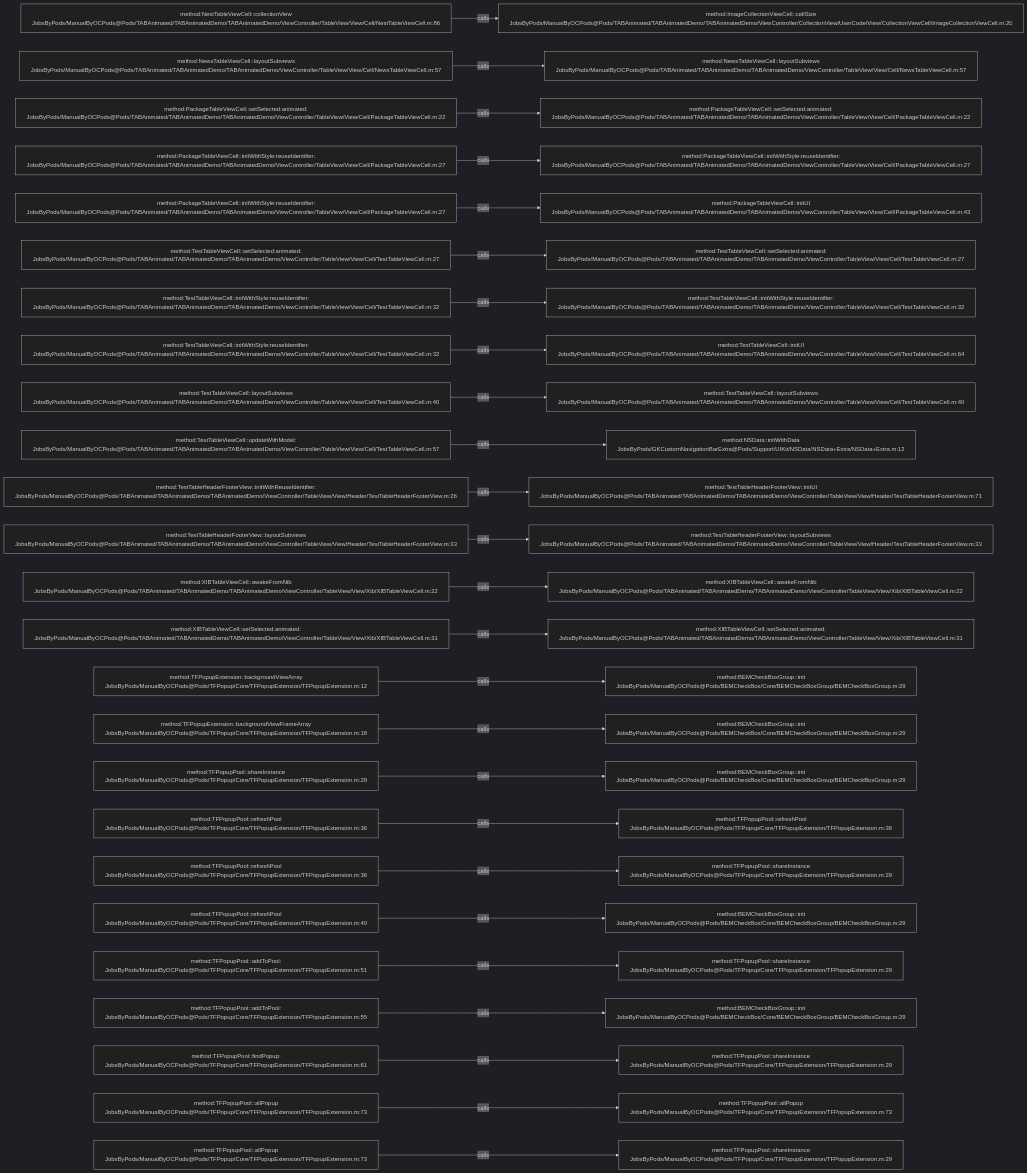
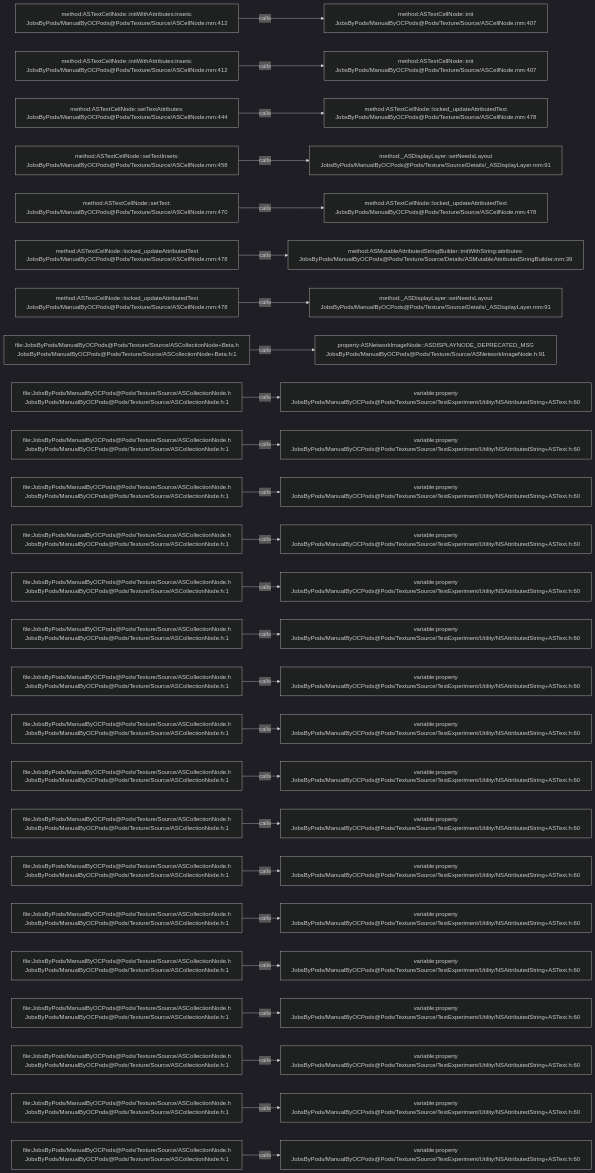
Before and after one commit to JobsKits/JobsOCBaseConfigDemo: the diagram in .codegraph/codegraph.md/graphs/calls-060.md, drawn with Mermaid (dark theme). The commit also changed 2723 other files, not shown here.

````diff
--- a/.codegraph/codegraph.md/graphs/calls-060.md
+++ b/.codegraph/codegraph.md/graphs/calls-060.md
@@ -13,78 +13,78 @@
 ```mermaid
 flowchart LR
-  S1["method:NestTableViewCell::collectionView<br/>JobsByPods/ManualByOCPods@Pods/TABAnimated/TABAnimatedDemo/TABAnimatedDemo/ViewController/TableView/View/Cell/NestTableViewCell.m:86"]
-  T1["method:ImageCollectionViewCell::cellSize<br/>JobsByPods/ManualByOCPods@Pods/TABAnimated/TABAnimatedDemo/TABAnimatedDemo/ViewController/CollectionView/UserCode/View/CollectionViewCell/ImageCollectionViewCell.m:20"]
+  S1["method:ASTextCellNode::initWithAttributes:insets:<br/>JobsByPods/ManualByOCPods@Pods/Texture/Source/ASCellNode.mm:412"]
+  T1["method:ASTextCellNode::init<br/>JobsByPods/ManualByOCPods@Pods/Texture/Source/ASCellNode.mm:407"]
   S1 -->|calls| T1
-  S2["method:NewsTableViewCell::layoutSubviews<br/>JobsByPods/ManualByOCPods@Pods/TABAnimated/TABAnimatedDemo/TABAnimatedDemo/ViewController/TableView/View/Cell/NewsTableViewCell.m:57"]
-  T2["method:NewsTableViewCell::layoutSubviews<br/>JobsByPods/ManualByOCPods@Pods/TABAnimated/TABAnimatedDemo/TABAnimatedDemo/ViewController/TableView/View/Cell/NewsTableViewCell.m:57"]
+  S2["method:ASTextCellNode::initWithAttributes:insets:<br/>JobsByPods/ManualByOCPods@Pods/Texture/Source/ASCellNode.mm:412"]
+  T2["method:ASTextCellNode::init<br/>JobsByPods/ManualByOCPods@Pods/Texture/Source/ASCellNode.mm:407"]
   S2 -->|calls| T2
-  S3["method:PackageTableViewCell::setSelected:animated:<br/>JobsByPods/ManualByOCPods@Pods/TABAnimated/TABAnimatedDemo/TABAnimatedDemo/ViewController/TableView/View/Cell/PackageTableViewCell.m:22"]
-  T3["method:PackageTableViewCell::setSelected:animated:<br/>JobsByPods/ManualByOCPods@Pods/TABAnimated/TABAnimatedDemo/TABAnimatedDemo/ViewController/TableView/View/Cell/PackageTableViewCell.m:22"]
+  S3["method:ASTextCellNode::setTextAttributes:<br/>JobsByPods/ManualByOCPods@Pods/Texture/Source/ASCellNode.mm:444"]
+  T3["method:ASTextCellNode::locked_updateAttributedText<br/>JobsByPods/ManualByOCPods@Pods/Texture/Source/ASCellNode.mm:478"]
   S3 -->|calls| T3
-  S4["method:PackageTableViewCell::initWithStyle:reuseIdentifier:<br/>JobsByPods/ManualByOCPods@Pods/TABAnimated/TABAnimatedDemo/TABAnimatedDemo/ViewController/TableView/View/Cell/PackageTableViewCell.m:27"]
-  T4["method:PackageTableViewCell::initWithStyle:reuseIdentifier:<br/>JobsByPods/ManualByOCPods@Pods/TABAnimated/TABAnimatedDemo/TABAnimatedDemo/ViewController/TableView/View/Cell/PackageTableViewCell.m:27"]
+  S4["method:ASTextCellNode::setTextInsets:<br/>JobsByPods/ManualByOCPods@Pods/Texture/Source/ASCellNode.mm:458"]
+  T4["method:_ASDisplayLayer::setNeedsLayout<br/>JobsByPods/ManualByOCPods@Pods/Texture/Source/Details/_ASDisplayLayer.mm:91"]
   S4 -->|calls| T4
-  S5["method:PackageTableViewCell::initWithStyle:reuseIdentifier:<br/>JobsByPods/ManualByOCPods@Pods/TABAnimated/TABAnimatedDemo/TABAnimatedDemo/ViewController/TableView/View/Cell/PackageTableViewCell.m:27"]
-  T5["method:PackageTableViewCell::initUI<br/>JobsByPods/ManualByOCPods@Pods/TABAnimated/TABAnimatedDemo/TABAnimatedDemo/ViewController/TableView/View/Cell/PackageTableViewCell.m:43"]
+  S5["method:ASTextCellNode::setText:<br/>JobsByPods/ManualByOCPods@Pods/Texture/Source/ASCellNode.mm:470"]
+  T5["method:ASTextCellNode::locked_updateAttributedText<br/>JobsByPods/ManualByOCPods@Pods/Texture/Source/ASCellNode.mm:478"]
   S5 -->|calls| T5
-  S6["method:TestTableViewCell::setSelected:animated:<br/>JobsByPods/ManualByOCPods@Pods/TABAnimated/TABAnimatedDemo/TABAnimatedDemo/ViewController/TableView/View/Cell/TestTableViewCell.m:27"]
-  T6["method:TestTableViewCell::setSelected:animated:<br/>JobsByPods/ManualByOCPods@Pods/TABAnimated/TABAnimatedDemo/TABAnimatedDemo/ViewController/TableView/View/Cell/TestTableViewCell.m:27"]
+  S6["method:ASTextCellNode::locked_updateAttributedText<br/>JobsByPods/ManualByOCPods@Pods/Texture/Source/ASCellNode.mm:478"]
+  T6["method:ASMutableAttributedStringBuilder::initWithString:attributes:<br/>JobsByPods/ManualByOCPods@Pods/Texture/Source/Details/ASMutableAttributedStringBuilder.mm:39"]
   S6 -->|calls| T6
-  S7["method:TestTableViewCell::initWithStyle:reuseIdentifier:<br/>JobsByPods/ManualByOCPods@Pods/TABAnimated/TABAnimatedDemo/TABAnimatedDemo/ViewController/TableView/View/Cell/TestTableViewCell.m:32"]
-  T7["method:TestTableViewCell::initWithStyle:reuseIdentifier:<br/>JobsByPods/ManualByOCPods@Pods/TABAnimated/TABAnimatedDemo/TABAnimatedDemo/ViewController/TableView/View/Cell/TestTableViewCell.m:32"]
+  S7["method:ASTextCellNode::locked_updateAttributedText<br/>JobsByPods/ManualByOCPods@Pods/Texture/Source/ASCellNode.mm:478"]
+  T7["method:_ASDisplayLayer::setNeedsLayout<br/>JobsByPods/ManualByOCPods@Pods/Texture/Source/Details/_ASDisplayLayer.mm:91"]
   S7 -->|calls| T7
-  S8["method:TestTableViewCell::initWithStyle:reuseIdentifier:<br/>JobsByPods/ManualByOCPods@Pods/TABAnimated/TABAnimatedDemo/TABAnimatedDemo/ViewController/TableView/View/Cell/TestTableViewCell.m:32"]
-  T8["method:TestTableViewCell::initUI<br/>JobsByPods/ManualByOCPods@Pods/TABAnimated/TABAnimatedDemo/TABAnimatedDemo/ViewController/TableView/View/Cell/TestTableViewCell.m:64"]
+  S8["file:JobsByPods/ManualByOCPods@Pods/Texture/Source/ASCollectionNode+Beta.h<br/>JobsByPods/ManualByOCPods@Pods/Texture/Source/ASCollectionNode+Beta.h:1"]
+  T8["property:ASNetworkImageNode::ASDISPLAYNODE_DEPRECATED_MSG<br/>JobsByPods/ManualByOCPods@Pods/Texture/Source/ASNetworkImageNode.h:91"]
   S8 -->|calls| T8
-  S9["method:TestTableViewCell::layoutSubviews<br/>JobsByPods/ManualByOCPods@Pods/TABAnimated/TABAnimatedDemo/TABAnimatedDemo/ViewController/TableView/View/Cell/TestTableViewCell.m:40"]
-  T9["method:TestTableViewCell::layoutSubviews<br/>JobsByPods/ManualByOCPods@Pods/TABAnimated/TABAnimatedDemo/TABAnimatedDemo/ViewController/TableView/View/Cell/TestTableViewCell.m:40"]
+  S9["file:JobsByPods/ManualByOCPods@Pods/Texture/Source/ASCollectionNode.h<br/>JobsByPods/ManualByOCPods@Pods/Texture/Source/ASCollectionNode.h:1"]
+  T9["variable:property<br/>JobsByPods/ManualByOCPods@Pods/Texture/Source/TextExperiment/Utility/NSAttributedString+ASText.h:60"]
   S9 -->|calls| T9
-  S10["method:TestTableViewCell::updateWithModel:<br/>JobsByPods/ManualByOCPods@Pods/TABAnimated/TABAnimatedDemo/TABAnimatedDemo/ViewController/TableView/View/Cell/TestTableViewCell.m:57"]
-  T10["method:NSData::initWithData<br/>JobsByPods/GKCustomNavigationBarExtra@Pods/Support/UIKit/NSData/NSData+Extra/NSData+Extra.m:12"]
+  S10["file:JobsByPods/ManualByOCPods@Pods/Texture/Source/ASCollectionNode.h<br/>JobsByPods/ManualByOCPods@Pods/Texture/Source/ASCollectionNode.h:1"]
+  T10["variable:property<br/>JobsByPods/ManualByOCPods@Pods/Texture/Source/TextExperiment/Utility/NSAttributedString+ASText.h:60"]
   S10 -->|calls| T10
-  S11["method:TestTableHeaderFooterView::initWithReuseIdentifier:<br/>JobsByPods/ManualByOCPods@Pods/TABAnimated/TABAnimatedDemo/TABAnimatedDemo/ViewController/TableView/View/Header/TestTableHeaderFooterView.m:26"]
-  T11["method:TestTableHeaderFooterView::initUI<br/>JobsByPods/ManualByOCPods@Pods/TABAnimated/TABAnimatedDemo/TABAnimatedDemo/ViewController/TableView/View/Header/TestTableHeaderFooterView.m:71"]
+  S11["file:JobsByPods/ManualByOCPods@Pods/Texture/Source/ASCollectionNode.h<br/>JobsByPods/ManualByOCPods@Pods/Texture/Source/ASCollectionNode.h:1"]
+  T11["variable:property<br/>JobsByPods/ManualByOCPods@Pods/Texture/Source/TextExperiment/Utility/NSAttributedString+ASText.h:60"]
   S11 -->|calls| T11
-  S12["method:TestTableHeaderFooterView::layoutSubviews<br/>JobsByPods/ManualByOCPods@Pods/TABAnimated/TABAnimatedDemo/TABAnimatedDemo/ViewController/TableView/View/Header/TestTableHeaderFooterView.m:33"]
-  T12["method:TestTableHeaderFooterView::layoutSubviews<br/>JobsByPods/ManualByOCPods@Pods/TABAnimated/TABAnimatedDemo/TABAnimatedDemo/ViewController/TableView/View/Header/TestTableHeaderFooterView.m:33"]
+  S12["file:JobsByPods/ManualByOCPods@Pods/Texture/Source/ASCollectionNode.h<br/>JobsByPods/ManualByOCPods@Pods/Texture/Source/ASCollectionNode.h:1"]
+  T12["variable:property<br/>JobsByPods/ManualByOCPods@Pods/Texture/Source/TextExperiment/Utility/NSAttributedString+ASText.h:60"]
   S12 -->|calls| T12
-  S13["method:XIBTableViewCell::awakeFromNib<br/>JobsByPods/ManualByOCPods@Pods/TABAnimated/TABAnimatedDemo/TABAnimatedDemo/ViewController/TableView/View/Xib/XIBTableViewCell.m:22"]
-  T13["method:XIBTableViewCell::awakeFromNib<br/>JobsByPods/ManualByOCPods@Pods/TABAnimated/TABAnimatedDemo/TABAnimatedDemo/ViewController/TableView/View/Xib/XIBTableViewCell.m:22"]
+  S13["file:JobsByPods/ManualByOCPods@Pods/Texture/Source/ASCollectionNode.h<br/>JobsByPods/ManualByOCPods@Pods/Texture/Source/ASCollectionNode.h:1"]
+  T13["variable:property<br/>JobsByPods/ManualByOCPods@Pods/Texture/Source/TextExperiment/Utility/NSAttributedString+ASText.h:60"]
   S13 -->|calls| T13
-  S14["method:XIBTableViewCell::setSelected:animated:<br/>JobsByPods/ManualByOCPods@Pods/TABAnimated/TABAnimatedDemo/TABAnimatedDemo/ViewController/TableView/View/Xib/XIBTableViewCell.m:31"]
-  T14["method:XIBTableViewCell::setSelected:animated:<br/>JobsByPods/ManualByOCPods@Pods/TABAnimated/TABAnimatedDemo/TABAnimatedDemo/ViewController/TableView/View/Xib/XIBTableViewCell.m:31"]
+  S14["file:JobsByPods/ManualByOCPods@Pods/Texture/Source/ASCollectionNode.h<br/>JobsByPods/ManualByOCPods@Pods/Texture/Source/ASCollectionNode.h:1"]
+  T14["variable:property<br/>JobsByPods/ManualByOCPods@Pods/Texture/Source/TextExperiment/Utility/NSAttributedString+ASText.h:60"]
   S14 -->|calls| T14
-  S15["method:TFPopupExtension::backgroundViewArray<br/>JobsByPods/ManualByOCPods@Pods/TFPopup/Core/TFPopupExtension/TFPopupExtension.m:12"]
-  T15["method:BEMCheckBoxGroup::init<br/>JobsByPods/ManualByOCPods@Pods/BEMCheckBox/Core/BEMCheckBoxGroup/BEMCheckBoxGroup.m:29"]
+  S15["file:JobsByPods/ManualByOCPods@Pods/Texture/Source/ASCollectionNode.h<br/>JobsByPods/ManualByOCPods@Pods/Texture/Source/ASCollectionNode.h:1"]
+  T15["variable:property<br/>JobsByPods/ManualByOCPods@Pods/Texture/Source/TextExperiment/Utility/NSAttributedString+ASText.h:60"]
   S15 -->|calls| T15
-  S16["method:TFPopupExtension::backgroundViewFrameArray<br/>JobsByPods/ManualByOCPods@Pods/TFPopup/Core/TFPopupExtension/TFPopupExtension.m:18"]
-  T16["method:BEMCheckBoxGroup::init<br/>JobsByPods/ManualByOCPods@Pods/BEMCheckBox/Core/BEMCheckBoxGroup/BEMCheckBoxGroup.m:29"]
+  S16["file:JobsByPods/ManualByOCPods@Pods/Texture/Source/ASCollectionNode.h<br/>JobsByPods/ManualByOCPods@Pods/Texture/Source/ASCollectionNode.h:1"]
+  T16["variable:property<br/>JobsByPods/ManualByOCPods@Pods/Texture/Source/TextExperiment/Utility/NSAttributedString+ASText.h:60"]
   S16 -->|calls| T16
-  S17["method:TFPopupPool::shareInstance<br/>JobsByPods/ManualByOCPods@Pods/TFPopup/Core/TFPopupExtension/TFPopupExtension.m:29"]
-  T17["method:BEMCheckBoxGroup::init<br/>JobsByPods/ManualByOCPods@Pods/BEMCheckBox/Core/BEMCheckBoxGroup/BEMCheckBoxGroup.m:29"]
+  S17["file:JobsByPods/ManualByOCPods@Pods/Texture/Source/ASCollectionNode.h<br/>JobsByPods/ManualByOCPods@Pods/Texture/Source/ASCollectionNode.h:1"]
+  T17["variable:property<br/>JobsByPods/ManualByOCPods@Pods/Texture/Source/TextExperiment/Utility/NSAttributedString+ASText.h:60"]
   S17 -->|calls| T17
-  S18["method:TFPopupPool::refreshPool<br/>JobsByPods/ManualByOCPods@Pods/TFPopup/Core/TFPopupExtension/TFPopupExtension.m:36"]
-  T18["method:TFPopupPool::refreshPool<br/>JobsByPods/ManualByOCPods@Pods/TFPopup/Core/TFPopupExtension/TFPopupExtension.m:36"]
+  S18["file:JobsByPods/ManualByOCPods@Pods/Texture/Source/ASCollectionNode.h<br/>JobsByPods/ManualByOCPods@Pods/Texture/Source/ASCollectionNode.h:1"]
+  T18["variable:property<br/>JobsByPods/ManualByOCPods@Pods/Texture/Source/TextExperiment/Utility/NSAttributedString+ASText.h:60"]
   S18 -->|calls| T18
-  S19["method:TFPopupPool::refreshPool<br/>JobsByPods/ManualByOCPods@Pods/TFPopup/Core/TFPopupExtension/TFPopupExtension.m:36"]
-  T19["method:TFPopupPool::shareInstance<br/>JobsByPods/ManualByOCPods@Pods/TFPopup/Core/TFPopupExtension/TFPopupExtension.m:29"]
+  S19["file:JobsByPods/ManualByOCPods@Pods/Texture/Source/ASCollectionNode.h<br/>JobsByPods/ManualByOCPods@Pods/Texture/Source/ASCollectionNode.h:1"]
+  T19["variable:property<br/>JobsByPods/ManualByOCPods@Pods/Texture/Source/TextExperiment/Utility/NSAttributedString+ASText.h:60"]
   S19 -->|calls| T19
-  S20["method:TFPopupPool::refreshPool<br/>JobsByPods/ManualByOCPods@Pods/TFPopup/Core/TFPopupExtension/TFPopupExtension.m:40"]
-  T20["method:BEMCheckBoxGroup::init<br/>JobsByPods/ManualByOCPods@Pods/BEMCheckBox/Core/BEMCheckBoxGroup/BEMCheckBoxGroup.m:29"]
+  S20["file:JobsByPods/ManualByOCPods@Pods/Texture/Source/ASCollectionNode.h<br/>JobsByPods/ManualByOCPods@Pods/Texture/Source/ASCollectionNode.h:1"]
+  T20["variable:property<br/>JobsByPods/ManualByOCPods@Pods/Texture/Source/TextExperiment/Utility/NSAttributedString+ASText.h:60"]
   S20 -->|calls| T20
-  S21["method:TFPopupPool::addToPool:<br/>JobsByPods/ManualByOCPods@Pods/TFPopup/Core/TFPopupExtension/TFPopupExtension.m:51"]
-  T21["method:TFPopupPool::shareInstance<br/>JobsByPods/ManualByOCPods@Pods/TFPopup/Core/TFPopupExtension/TFPopupExtension.m:29"]
+  S21["file:JobsByPods/ManualByOCPods@Pods/Texture/Source/ASCollectionNode.h<br/>JobsByPods/ManualByOCPods@Pods/Texture/Source/ASCollectionNode.h:1"]
+  T21["variable:property<br/>JobsByPods/ManualByOCPods@Pods/Texture/Source/TextExperiment/Utility/NSAttributedString+ASText.h:60"]
   S21 -->|calls| T21
-  S22["method:TFPopupPool::addToPool:<br/>JobsByPods/ManualByOCPods@Pods/TFPopup/Core/TFPopupExtension/TFPopupExtension.m:55"]
-  T22["method:BEMCheckBoxGroup::init<br/>JobsByPods/ManualByOCPods@Pods/BEMCheckBox/Core/BEMCheckBoxGroup/BEMCheckBoxGroup.m:29"]
+  S22["file:JobsByPods/ManualByOCPods@Pods/Texture/Source/ASCollectionNode.h<br/>JobsByPods/ManualByOCPods@Pods/Texture/Source/ASCollectionNode.h:1"]
+  T22["variable:property<br/>JobsByPods/ManualByOCPods@Pods/Texture/Source/TextExperiment/Utility/NSAttributedString+ASText.h:60"]
   S22 -->|calls| T22
-  S23["method:TFPopupPool::findPopup:<br/>JobsByPods/ManualByOCPods@Pods/TFPopup/Core/TFPopupExtension/TFPopupExtension.m:61"]
-  T23["method:TFPopupPool::shareInstance<br/>JobsByPods/ManualByOCPods@Pods/TFPopup/Core/TFPopupExtension/TFPopupExtension.m:29"]
+  S23["file:JobsByPods/ManualByOCPods@Pods/Texture/Source/ASCollectionNode.h<br/>JobsByPods/ManualByOCPods@Pods/Texture/Source/ASCollectionNode.h:1"]
+  T23["variable:property<br/>JobsByPods/ManualByOCPods@Pods/Texture/Source/TextExperiment/Utility/NSAttributedString+ASText.h:60"]
   S23 -->|calls| T23
-  S24["method:TFPopupPool::allPopup<br/>JobsByPods/ManualByOCPods@Pods/TFPopup/Core/TFPopupExtension/TFPopupExtension.m:73"]
-  T24["method:TFPopupPool::allPopup<br/>JobsByPods/ManualByOCPods@Pods/TFPopup/Core/TFPopupExtension/TFPopupExtension.m:73"]
+  S24["file:JobsByPods/ManualByOCPods@Pods/Texture/Source/ASCollectionNode.h<br/>JobsByPods/ManualByOCPods@Pods/Texture/Source/ASCollectionNode.h:1"]
+  T24["variable:property<br/>JobsByPods/ManualByOCPods@Pods/Texture/Source/TextExperiment/Utility/NSAttributedString+ASText.h:60"]
   S24 -->|calls| T24
-  S25["method:TFPopupPool::allPopup<br/>JobsByPods/ManualByOCPods@Pods/TFPopup/Core/TFPopupExtension/TFPopupExtension.m:73"]
-  T25["method:TFPopupPool::shareInstance<br/>JobsByPods/ManualByOCPods@Pods/TFPopup/Core/TFPopupExtension/TFPopupExtension.m:29"]
+  S25["file:JobsByPods/ManualByOCPods@Pods/Texture/Source/ASCollectionNode.h<br/>JobsByPods/ManualByOCPods@Pods/Texture/Source/ASCollectionNode.h:1"]
+  T25["variable:property<br/>JobsByPods/ManualByOCPods@Pods/Texture/Source/TextExperiment/Utility/NSAttributedString+ASText.h:60"]
   S25 -->|calls| T25
 ```
````
